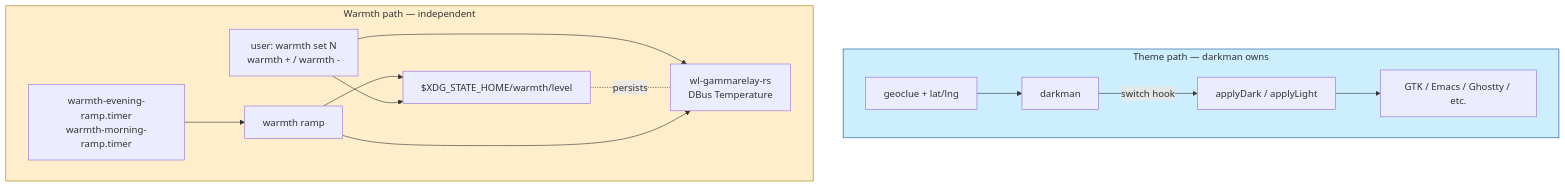
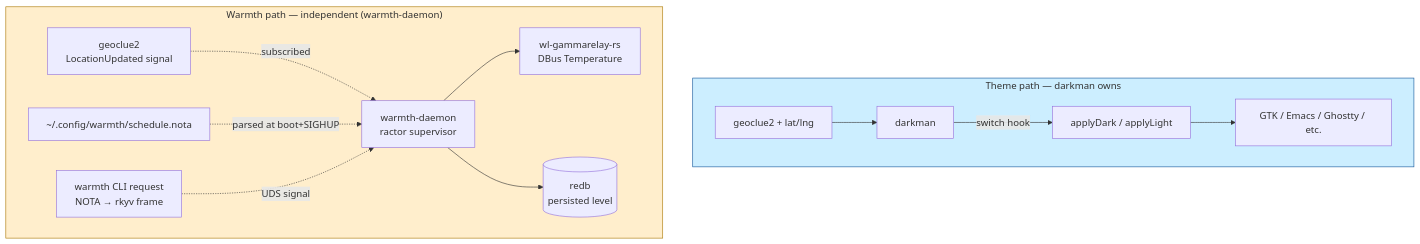
Before and after one commit to LiGoldragon/primary: the second of 4 diagrams in reports/system-specialist/3-warmth-decoupling-design.md, drawn with Mermaid. The commit also changed other lines of this file, not shown here.

Commit message:
system-specialist report 3: rust + nota + geoclue redesign of warmth decoupling

````diff
--- a/reports/system-specialist/3-warmth-decoupling-design.md
+++ b/reports/system-specialist/3-warmth-decoupling-design.md
@@ -63,20 +68,20 @@
 ```mermaid
 flowchart TB
   subgraph theme["Theme path — darkman owns"]
-    geoclue1[geoclue + lat/lng] --> darkman2[darkman]
+    geoclue1[geoclue2 + lat/lng] --> darkman2[darkman]
     darkman2 -->|switch hook| applyDark2[applyDark / applyLight]
     applyDark2 --> dconf2[GTK / Emacs / Ghostty / etc.]
   end
 
-  subgraph warmth["Warmth path — independent"]
-    timer[warmth-evening-ramp.timer<br/>warmth-morning-ramp.timer] --> ramp[warmth ramp <target> <minutes>]
-    user[user: warmth set N<br/>warmth + / warmth -] --> apply[wl-gammarelay-rs<br/>DBus Temperature]
-    state[$XDG_STATE_HOME/warmth/level] -.persists.- apply
-    ramp --> apply
-    ramp --> state
-    user --> state
+  subgraph warmth["Warmth path — independent (warmth-daemon)"]
+    geoclue2dbus[geoclue2<br/>LocationUpdated signal] -.subscribed.-> warmthd
+    schedule[~/.config/warmth/schedule.nota] -.parsed at boot+SIGHUP.-> warmthd
+    cli[warmth CLI request<br/>NOTA → rkyv frame] -.UDS signal.-> warmthd
+    warmthd[warmth-daemon<br/>ractor supervisor]
+    warmthd --> dbus2[wl-gammarelay-rs<br/>DBus Temperature]
+    warmthd --> redb[(redb<br/>persisted level)]
   end
 
   style theme fill:#cef,stroke:#159
   style warmth fill:#fec,stroke:#a70
 ```
````
